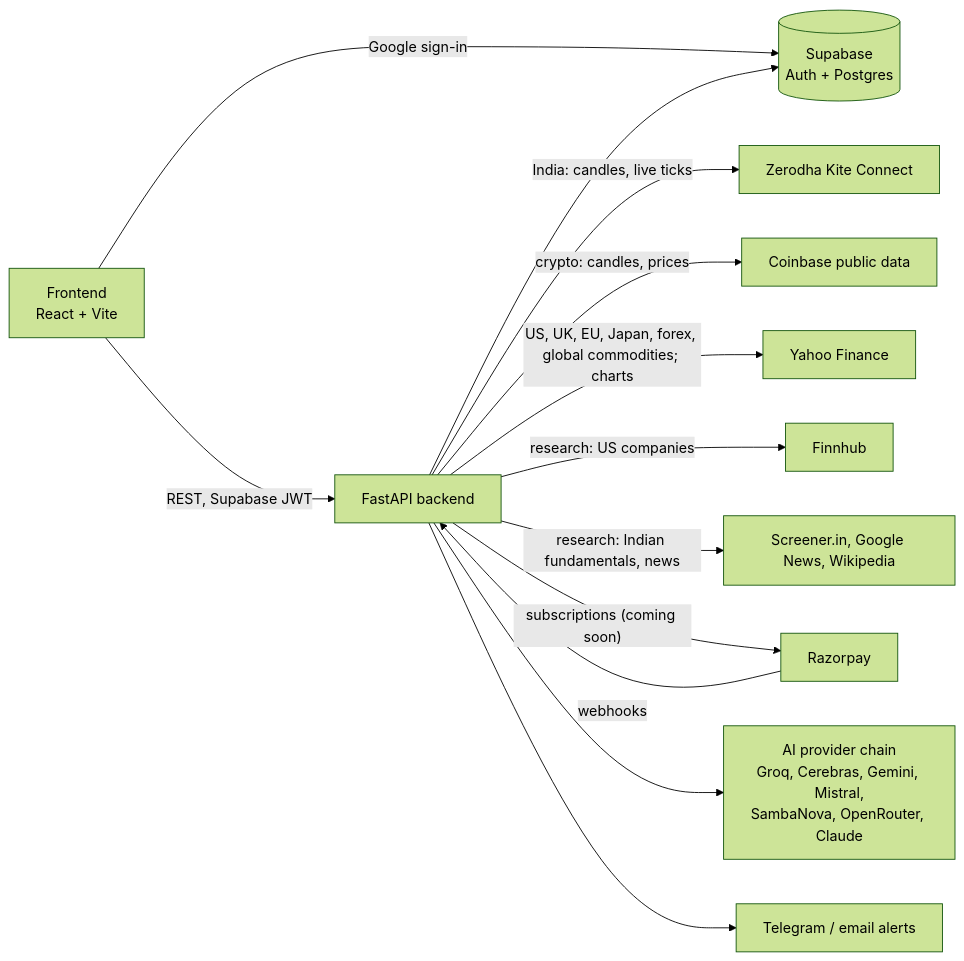
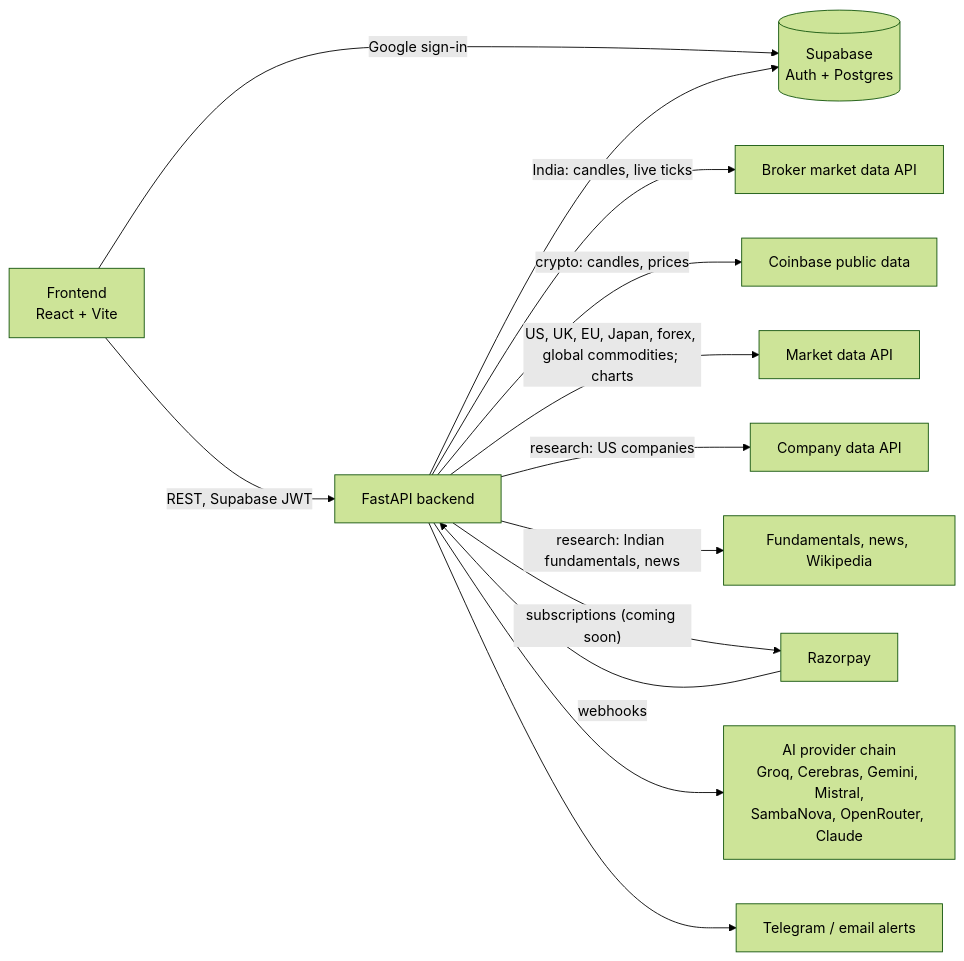
Before and after one commit to prakul1982/stratlab: the diagram in README.md, drawn with Mermaid (forest theme). The commit also changed other lines of this file and 40 other files, not shown here.

````diff
--- a/README.md
+++ b/README.md
@@ -166,15 +166,15 @@
 ```mermaid
 flowchart LR
     UI["Frontend<br/>React + Vite"] -- "REST, Supabase JWT" --> API["FastAPI backend"]
     UI -- "Google sign-in" --> SB[("Supabase<br/>Auth + Postgres")]
     API --> SB
-    API -- "India: candles, live ticks" --> KITE["Zerodha Kite Connect"]
+    API -- "India: candles, live ticks" --> BROKER["Broker market data API"]
     API -- "crypto: candles, prices" --> CB["Coinbase public data"]
-    API -- "US, UK, EU, Japan, forex, global commodities; charts" --> YF["Yahoo Finance"]
-    API -- "research: US companies" --> FH["Finnhub"]
-    API -- "research: Indian fundamentals, news" --> SC["Screener.in, Google News, Wikipedia"]
+    API -- "US, UK, EU, Japan, forex, global commodities; charts" --> YF["Market data API"]
+    API -- "research: US companies" --> FH["Company data API"]
+    API -- "research: Indian fundamentals, news" --> SC["Fundamentals, news, Wikipedia"]
     API -- "subscriptions (coming soon)" --> RZP["Razorpay"]
     RZP -- "webhooks" --> API
     API --> AI["AI provider chain<br/>Groq, Cerebras, Gemini, Mistral,<br/>SambaNova, OpenRouter, Claude"]
     API --> ALERT["Telegram / email alerts"]
 ```
````
